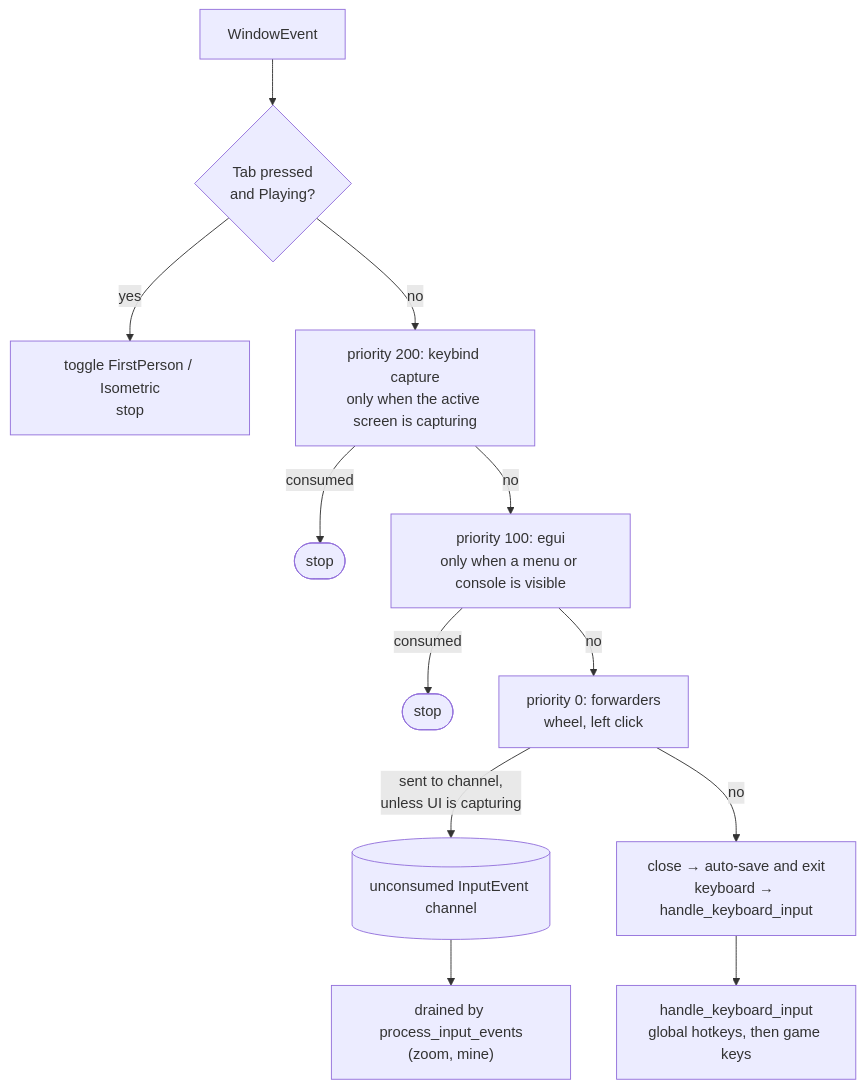
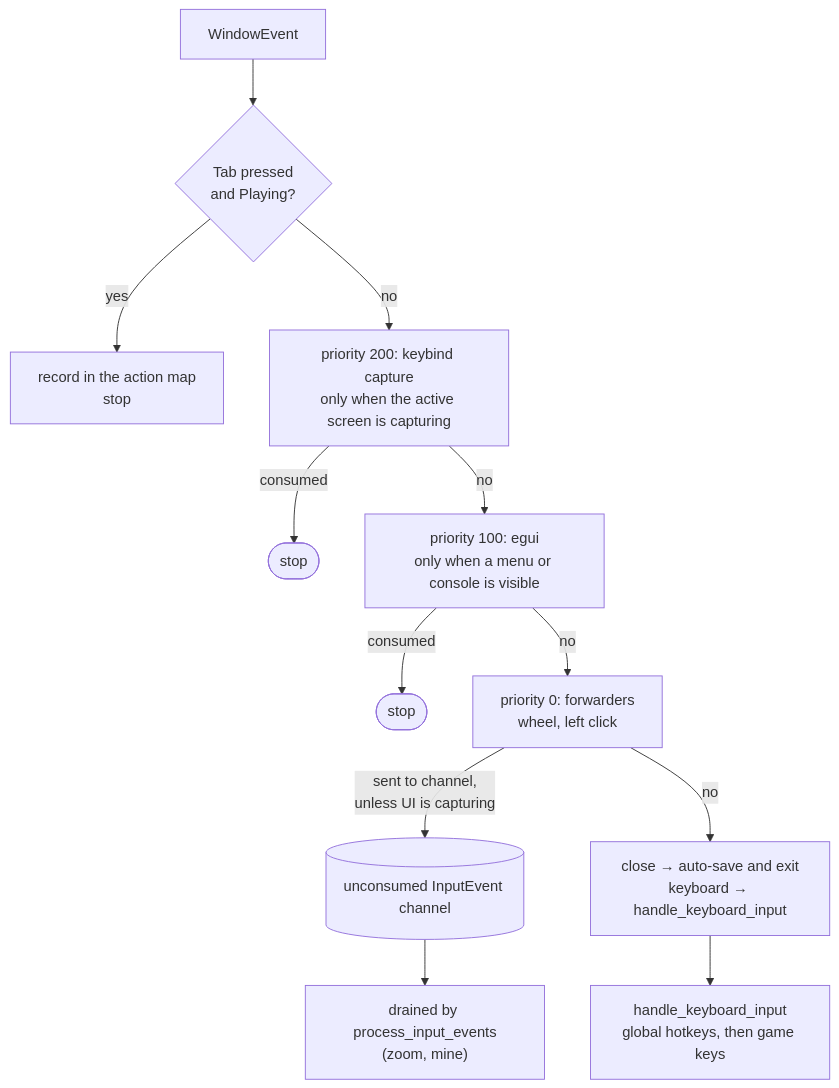
One commit to WrackedFella/moho changed the first of 2 diagrams in wiki/architecture/input-and-state.md. Above: the diagram before and after it, drawn with Mermaid. The commit also changed other lines of this file and 4 other files, not shown here.

````diff
--- a/wiki/architecture/input-and-state.md
+++ b/wiki/architecture/input-and-state.md
@@ -12,14 +12,14 @@
 ```mermaid
 flowchart TD
     ev["WindowEvent"] --> tab{"Tab pressed<br/>and Playing?"}
-    tab -- yes --> cam["toggle FirstPerson / Isometric<br/>stop"]
+    tab -- yes --> cam["record in the action map<br/>stop"]
     tab -- no --> d200["priority 200: keybind capture<br/>only when the active screen is capturing"]
     d200 -- consumed --> stop1(["stop"])
     d200 -- no --> d100["priority 100: egui<br/>only when a menu or console is visible"]
     d100 -- consumed --> stop2(["stop"])
     d100 -- no --> d0["priority 0: forwarders<br/>wheel, left click"]
     d0 -- "sent to channel,<br/>unless UI is capturing" --> chan[("unconsumed InputEvent channel")]
     d0 -- no --> weh["close → auto-save and exit<br/>keyboard → handle_keyboard_input"]
     chan --> drain["drained by process_input_events<br/>(zoom, mine)"]
     weh --> hot["handle_keyboard_input<br/>global hotkeys, then game keys"]
 ```
````
